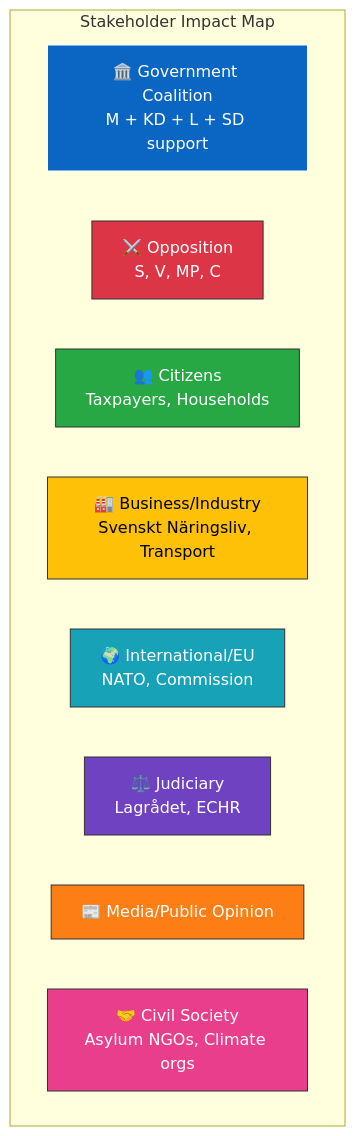
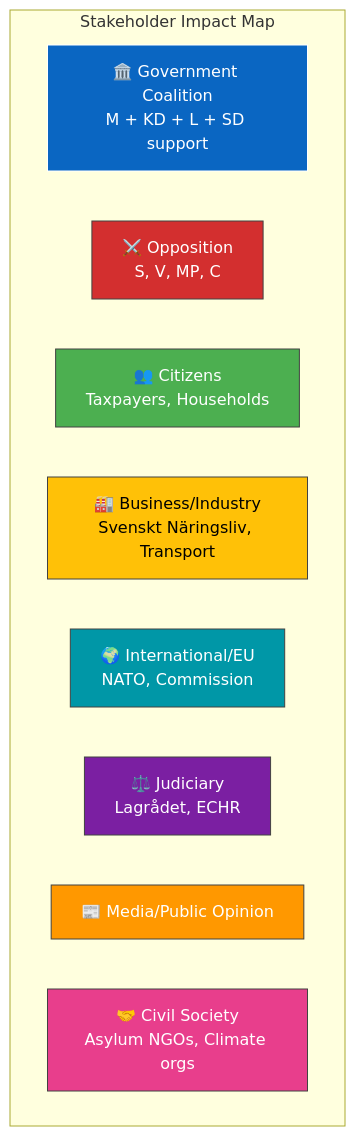
The diagram in analysis/daily/2026-04-13/realtime-1433/stakeholder-perspectives.md (Hack23/riksdagsmonitor), drawn with Mermaid before and after one commit. The commit also changed 785 other files, not shown here.

First line of the commit message:
Normalize mermaid colors across 786 analysis artifacts to ISMS Style Guide palette

````diff
--- a/analysis/daily/2026-04-13/realtime-1433/stakeholder-perspectives.md
+++ b/analysis/daily/2026-04-13/realtime-1433/stakeholder-perspectives.md
@@ -7,21 +7,21 @@
 ```mermaid
 graph TD
     subgraph "Stakeholder Impact Map"
         GOV["🏛️ Government Coalition<br/>M + KD + L + SD support"]
         OPP["⚔️ Opposition<br/>S, V, MP, C"]
         CIT["👥 Citizens<br/>Taxpayers, Households"]
         BIZ["🏭 Business/Industry<br/>Svenskt Näringsliv, Transport"]
         INT["🌍 International/EU<br/>NATO, Commission"]
         JUD["⚖️ Judiciary<br/>Lagrådet, ECHR"]
         MED["📰 Media/Public Opinion"]
         CIV["🤝 Civil Society<br/>Asylum NGOs, Climate orgs"]
     end
-    style GOV fill:#0A66C2,stroke:#fff,color:#fff
-    style OPP fill:#dc3545,stroke:#333,color:#fff
-    style CIT fill:#28a745,stroke:#333,color:#fff
-    style BIZ fill:#ffc107,stroke:#333,color:#000
-    style INT fill:#17a2b8,stroke:#333,color:#fff
-    style JUD fill:#6f42c1,stroke:#333,color:#fff
-    style MED fill:#fd7e14,stroke:#333,color:#fff
-    style CIV fill:#e83e8c,stroke:#333,color:#fff
+    style GOV fill:#0A66C2,stroke:#FFFFFF,color:#FFFFFF
+    style OPP fill:#D32F2F,stroke:#424242,color:#FFFFFF
+    style CIT fill:#4CAF50,stroke:#424242,color:#FFFFFF
+    style BIZ fill:#FFC107,stroke:#424242,color:#000000
+    style INT fill:#0097A7,stroke:#424242,color:#FFFFFF
+    style JUD fill:#7B1FA2,stroke:#424242,color:#FFFFFF
+    style MED fill:#FF9800,stroke:#424242,color:#FFFFFF
+    style CIV fill:#e83e8c,stroke:#424242,color:#FFFFFF
 ```
````
